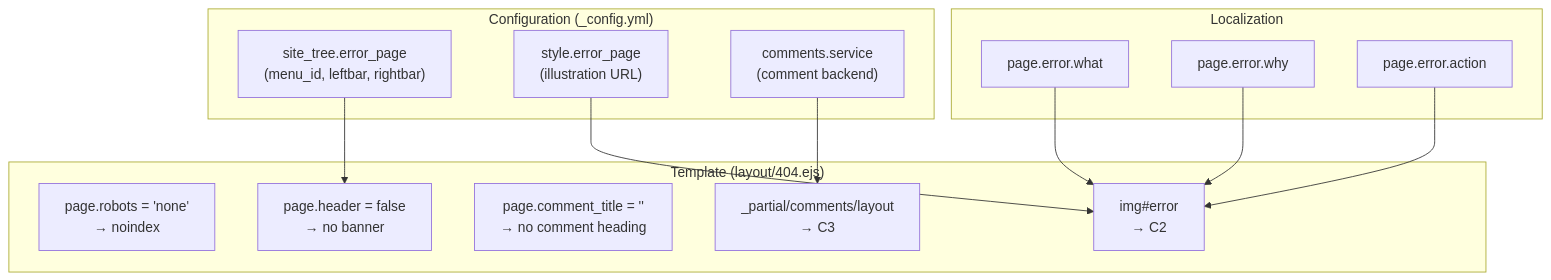
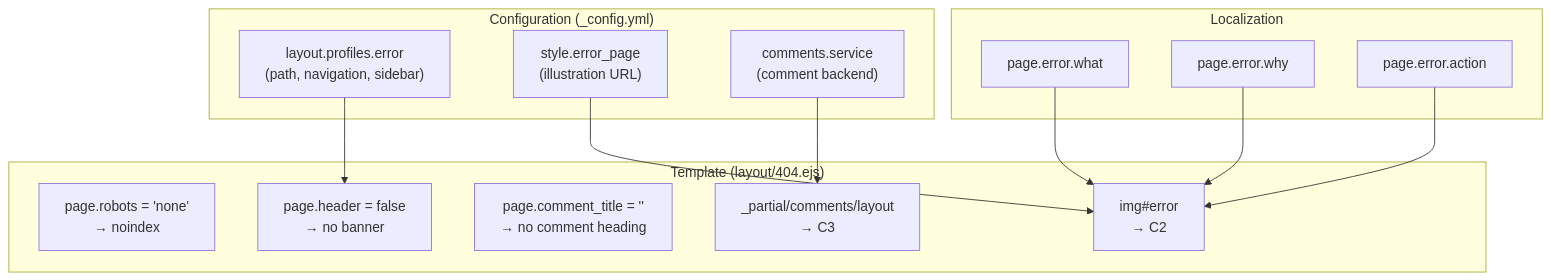
The third of 3 diagrams in docs/knowledge/03-内容系统/error-pages.md (xaoxuu/hexo-theme-stellar), drawn with Mermaid before and after one commit. The commit also changed other lines of this file and 60 other files, not shown here.

````diff
--- a/docs/knowledge/03-内容系统/error-pages.md
+++ b/docs/knowledge/03-内容系统/error-pages.md
@@ -184,29 +190,29 @@
 ```mermaid
 flowchart TD
   subgraph "Configuration (_config.yml)"
-    C1["site_tree.error_page\n(menu_id, leftbar, rightbar)"]
+    C1["layout.profiles.error\n(path, navigation, sidebar)"]
     C2["style.error_page\n(illustration URL)"]
     C3["comments.service\n(comment backend)"]
   end
 
   subgraph "Template (layout/404.ejs)"
     T1["page.robots = 'none'\n→ noindex"]
     T2["page.header = false\n→ no banner"]
     T3["page.comment_title = ''\n→ no comment heading"]
     T4["img#error\n→ C2"]
     T5["_partial/comments/layout\n→ C3"]
   end
 
   subgraph "Localization"
     L1["page.error.what"]
     L2["page.error.why"]
     L3["page.error.action"]
   end
 
   C1 --> T2
   C2 --> T4
   C3 --> T5
   L1 --> T4
   L2 --> T4
   L3 --> T4
 ```
````
